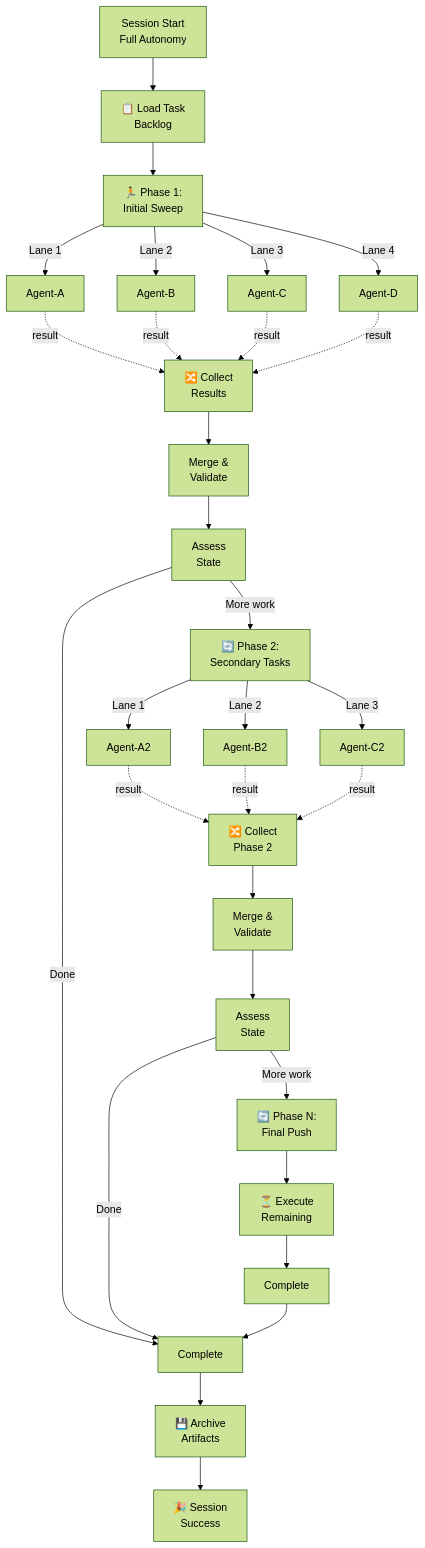
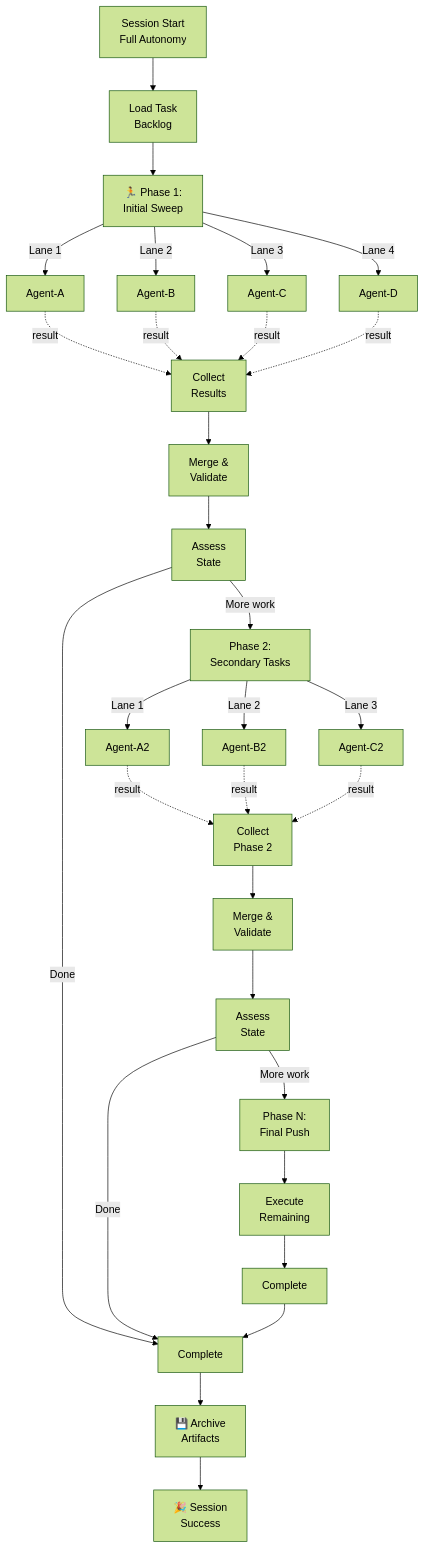
One commit to Aries-Serpent/_codex_ changed the tenth of 10 diagrams in docs/agent/CUSTOM_AGENT_COORDINATION_WORKFLOWS.md. Above: the diagram before and after it, drawn with Mermaid (forest theme). The commit also changed other lines of this file and 1989 other files, not shown here.

````diff
--- a/docs/agent/CUSTOM_AGENT_COORDINATION_WORKFLOWS.md
+++ b/docs/agent/CUSTOM_AGENT_COORDINATION_WORKFLOWS.md
@@ -446,44 +446,44 @@
 ```mermaid
 graph TB
-    A[" Session Start<br/>Full Autonomy"] --> B["📋 Load Task<br/>Backlog"]
+    A[" Session Start<br/>Full Autonomy"] --> B[" Load Task<br/>Backlog"]
 
     B --> C["🏃 Phase 1:<br/>Initial Sweep"]
 
     C -->|Lane 1| C1["Agent-A"]
     C -->|Lane 2| C2["Agent-B"]
     C -->|Lane 3| C3["Agent-C"]
     C -->|Lane 4| C4["Agent-D"]
 
-    C1 -.->|result| X["🔀 Collect<br/>Results"]
+    C1 -.->|result| X[" Collect<br/>Results"]
     C2 -.->|result| X
     C3 -.->|result| X
     C4 -.->|result| X
 
     X --> Y[" Merge &<br/>Validate"]
 
     Y --> Z[" Assess<br/>State"]
 
-    Z -->|More work| AA["🔄 Phase 2:<br/>Secondary Tasks"]
+    Z -->|More work| AA[" Phase 2:<br/>Secondary Tasks"]
     Z -->|Done| AB[" Complete"]
 
     AA -->|Lane 1| AA1["Agent-A2"]
     AA -->|Lane 2| AA2["Agent-B2"]
     AA -->|Lane 3| AA3["Agent-C2"]
 
-    AA1 -.->|result| AY["🔀 Collect<br/>Phase 2"]
+    AA1 -.->|result| AY[" Collect<br/>Phase 2"]
     AA2 -.->|result| AY
     AA3 -.->|result| AY
 
     AY --> AZ[" Merge &<br/>Validate"]
     AZ --> BAA[" Assess<br/>State"]
 
-    BAA -->|More work| BB["🔄 Phase N:<br/>Final Push"]
+    BAA -->|More work| BB[" Phase N:<br/>Final Push"]
     BAA -->|Done| AB
 
-    BB --> BC["⏳ Execute<br/>Remaining"]
+    BB --> BC[" Execute<br/>Remaining"]
     BC --> BD[" Complete"]
     BD --> AB
 
     AB --> AC["💾 Archive<br/>Artifacts"]
     AC --> AD["🎉 Session<br/>Success"]
 ```
````
